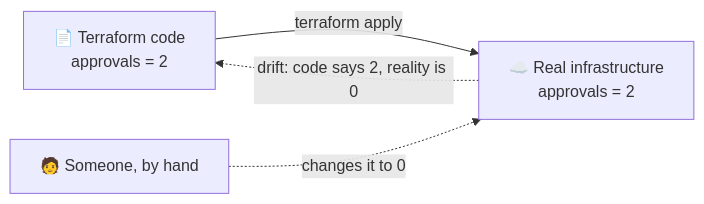
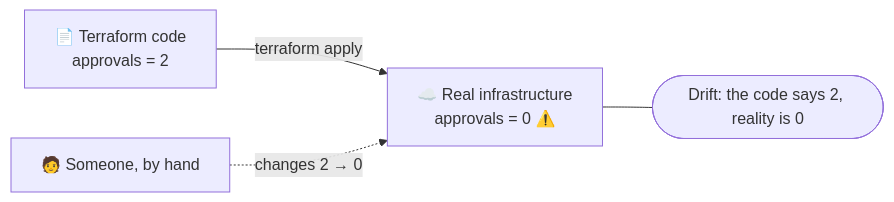
The first of 4 diagrams in README.md (shreytiwari09/DriftPilot-AI-Terraform-Drift-Detector), drawn with Mermaid before and after one commit. The commit also changed other lines of this file and 1 other file, not shown here.

Commit message:
Make the README diagrams and scan screenshot easier to read
The problem diagram now reads left to right, the pipeline diagram runs
top to bottom, and the scan screenshot is narrower so its text is
larger at page width.

````diff
--- a/README.md
+++ b/README.md
@@ -34,6 +34,6 @@
 ```mermaid
 flowchart LR
-  code["📄 Terraform code<br/>approvals = 2"] -- "terraform apply" --> real["☁️ Real infrastructure<br/>approvals = 2"]
-  person["🧑 Someone, by hand"] -. "changes it to 0" .-> real
-  real -. "drift: code says 2, reality is 0" .-> code
+  code["📄 Terraform code<br/>approvals = 2"] -->|"terraform apply"| real["☁️ Real infrastructure<br/>approvals = 0 ⚠️"]
+  person["🧑 Someone, by hand"] -.->|"changes 2 → 0"| real
+  real --- drift(["Drift: the code says 2, reality is 0"])
 ```
````
